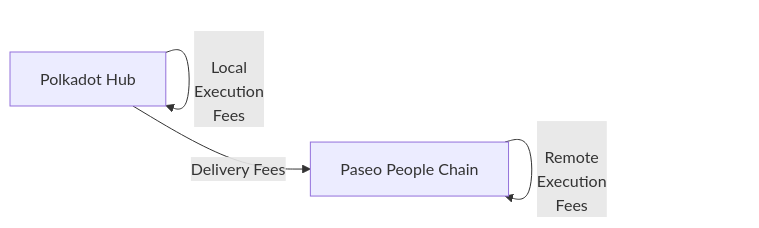
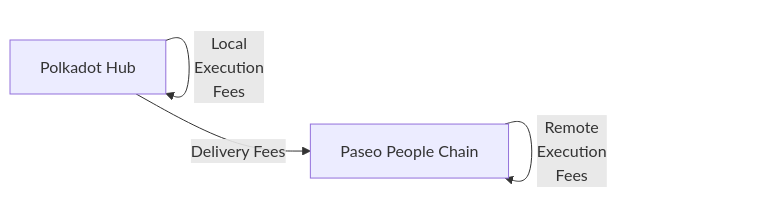
Before and after one commit to polkadot-developers/polkadot-docs: the diagram in chain-interactions/send-transactions/interoperability/estimate-xcm-fees.md, drawn with Mermaid.

Commit message:
fix spacing on label

````diff
--- a/chain-interactions/send-transactions/interoperability/estimate-xcm-fees.md
+++ b/chain-interactions/send-transactions/interoperability/estimate-xcm-fees.md
@@ -28,6 +28,6 @@
 ```mermaid
 flowchart LR
     PolkadotHub[Polkadot Hub] -->|Delivery Fees| PeopleChain[Paseo People Chain]
-    PolkadotHub -->|<br />Local<br />Execution<br />Fees| PolkadotHub
-    PeopleChain -->|<br />Remote<br />Execution<br />Fees| PeopleChain
+    PolkadotHub -->|Local<br/>Execution<br/>Fees| PolkadotHub
+    PeopleChain -->|Remote<br/>Execution<br/>Fees| PeopleChain
 ```
````
